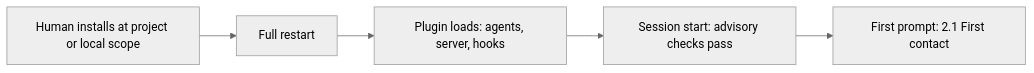
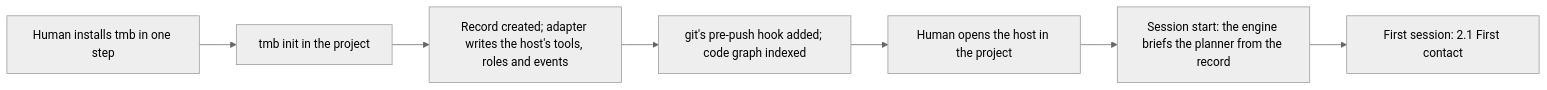
Before and after one commit to trustmybot/tmb: the first of 24 diagrams in docs/architecture/FLOWS.md, drawn with Mermaid (neutral theme). The commit also changed other lines of this file and 38 other files, not shown here.

First line of the commit message:
📝 docs: fit the plugin's docs tree to tmb

````diff
--- a/docs/architecture/FLOWS.md
+++ b/docs/architecture/FLOWS.md
@@ -37,7 +44,9 @@
 ```mermaid
 flowchart LR
-    A[Human installs at project or local scope] --> B[Full restart]
-    B --> C[Plugin loads: agents, server, hooks]
-    C --> D[Session start: advisory checks pass]
-    D --> E[First prompt: 2.1 First contact]
+    A["Human installs tmb in one step"] --> B["tmb init in the project"]
+    B --> C["Record created; adapter writes the host's tools, roles and events"]
+    C --> D["git's pre-push hook added; code graph indexed"]
+    D --> E["Human opens the host in the project"]
+    E --> F["Session start: the engine briefs the planner from the record"]
+    F --> G["First session: 2.1 First contact"]
 ```
````
